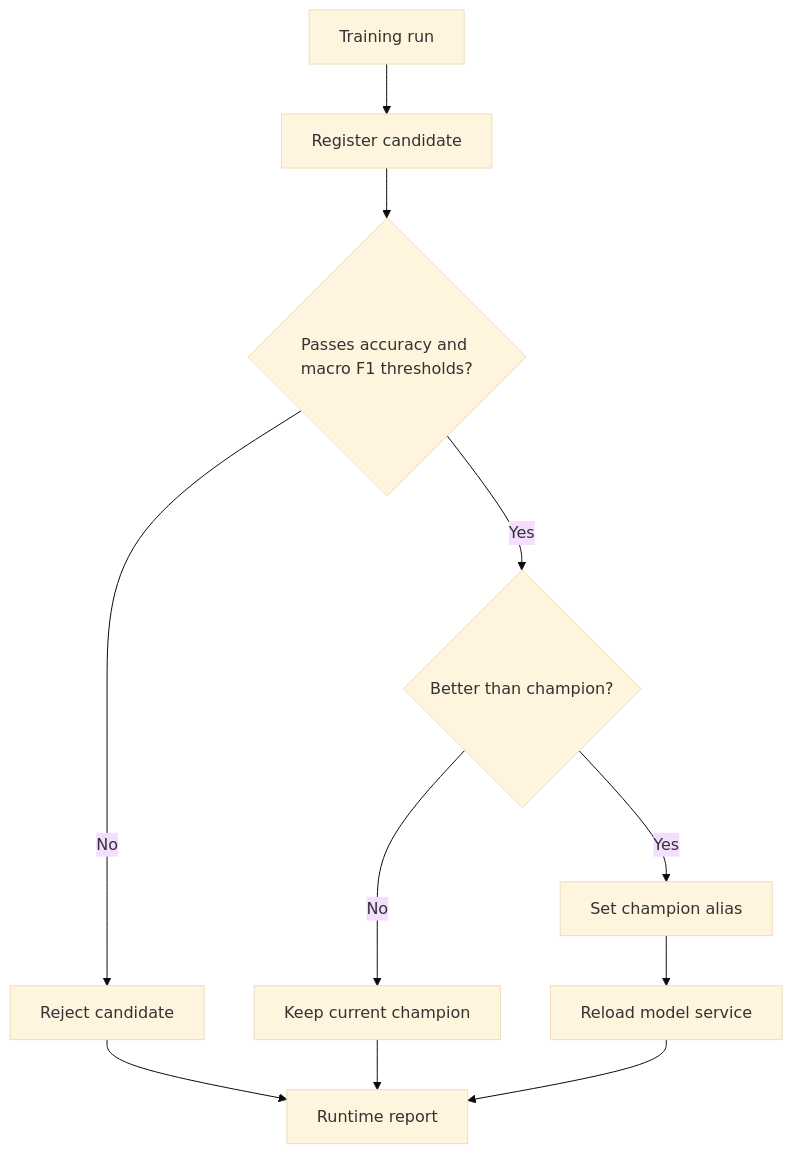
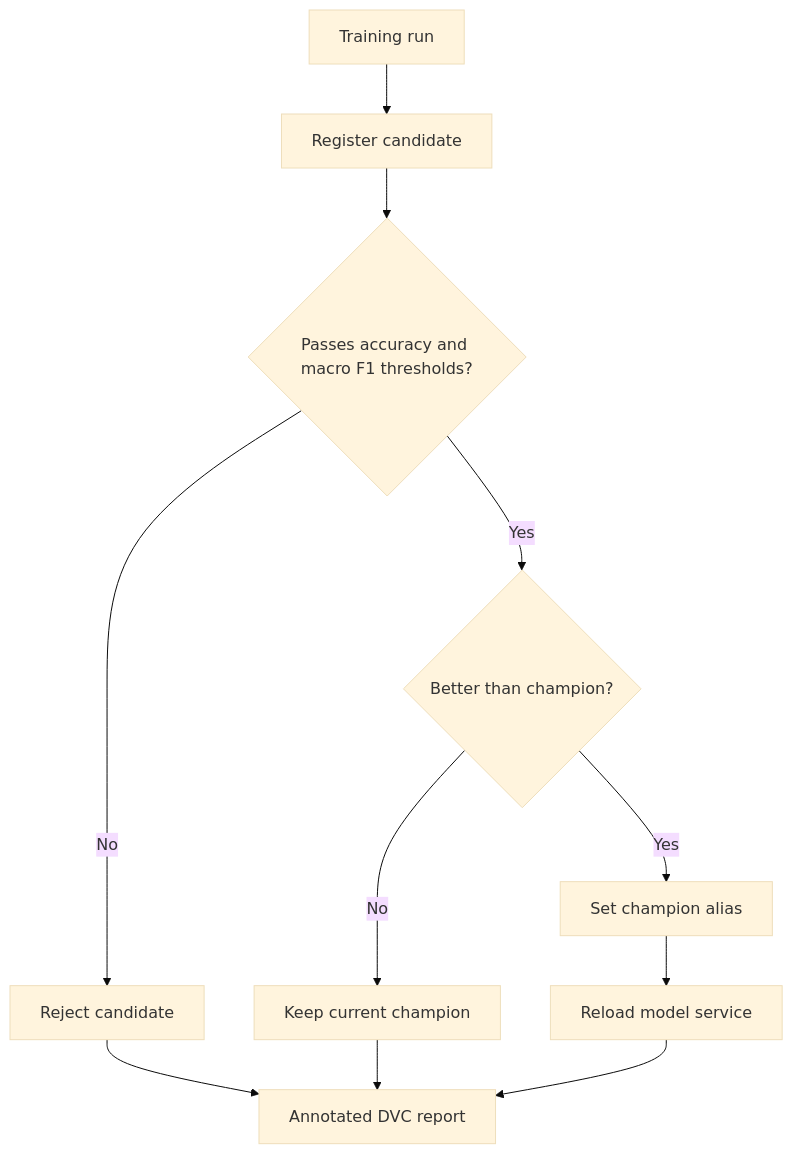
One commit to swadeshbalajee/galaxy_morphology_fp changed the third of 9 diagrams in FINAL_PROJECT_REPORT.md. Above: the diagram before and after it, drawn with Mermaid (base theme). The commit also changed other lines of this file and 11 other files, not shown here.

````diff
--- a/FINAL_PROJECT_REPORT.md
+++ b/FINAL_PROJECT_REPORT.md
@@ -164,13 +164,13 @@
 ```mermaid
 flowchart TD
   Train[Training run] --> Candidate[Register candidate]
   Candidate --> Validate{Passes accuracy and macro F1 thresholds?}
   Validate -->|No| Reject[Reject candidate]
   Validate -->|Yes| Compare{Better than champion?}
   Compare -->|Yes| Promote[Set champion alias]
   Compare -->|No| Keep[Keep current champion]
   Promote --> Reload[Reload model service]
-  Reject --> Report[Runtime report]
+  Reject --> Report[Annotated DVC report]
   Keep --> Report
   Reload --> Report
 ```
````
